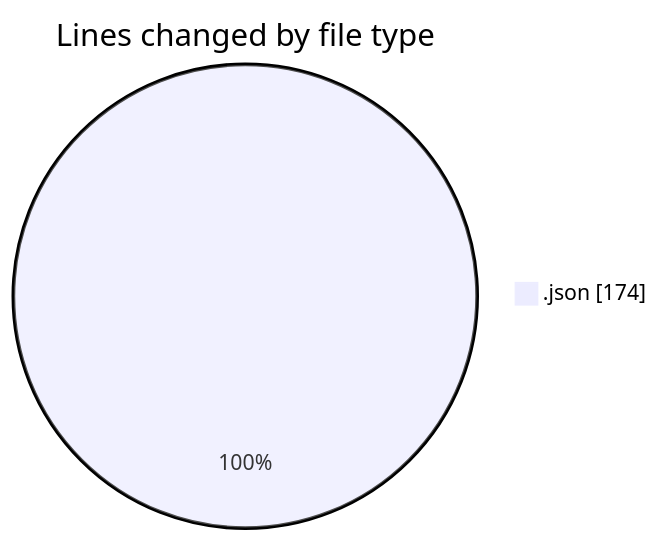
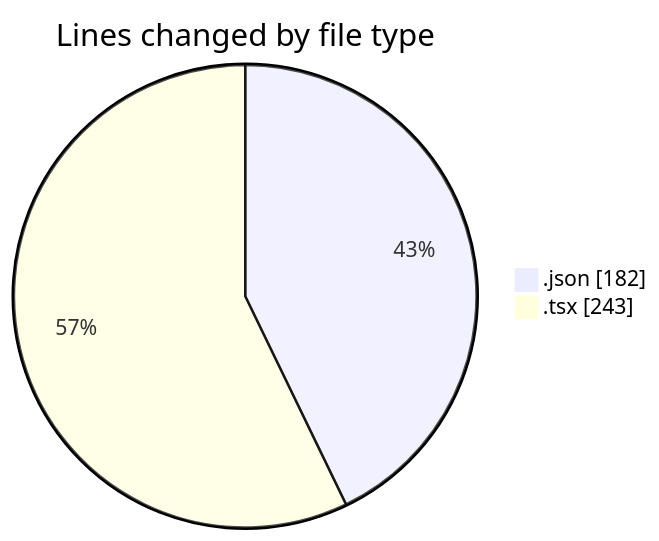
One commit to momahboobian/code-tracking changed the first of 2 diagrams in 2026-04-22/cda/README.md. Above: the diagram before and after it, drawn with Mermaid. The commit also changed other lines of this file and 2 other files, not shown here.

````diff
--- a/2026-04-22/cda/README.md
+++ b/2026-04-22/cda/README.md
@@ -21,5 +24,6 @@
 ```mermaid
 pie showData
 title Lines changed by file type
-".json" : 174
+".json" : 182
+".tsx" : 243
 ```
````
